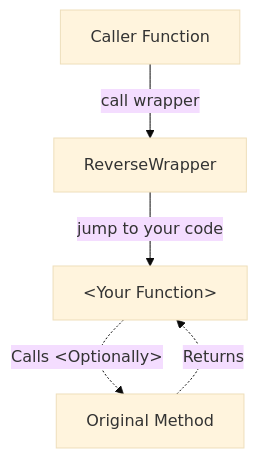
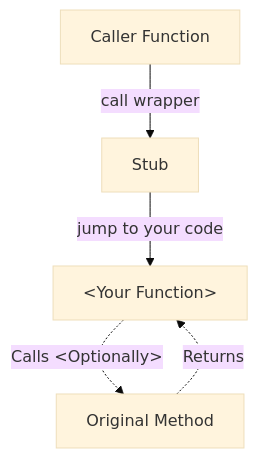
Before and after one commit to Reloaded-Project/Reloaded.Hooks-rs: the first of 4 diagrams in docs/dev/design/branch-hooks/overview.md, drawn with Mermaid (base theme). The commit also changed other lines of this file and 3 other files, not shown here.

````diff
--- a/docs/dev/design/branch-hooks/overview.md
+++ b/docs/dev/design/branch-hooks/overview.md
@@ -45,12 +45,12 @@
 ```mermaid
 flowchart TD
     CF[Caller Function]
-    RW[ReverseWrapper]
+    RW[Stub]
     HK["&lt;Your Function&gt;"]
     OM[Original Method]
 
     CF -- "call wrapper" --> RW
     RW -- jump to your code --> HK
     HK -. "Calls &lt;Optionally&gt;" .-> OM
     OM -. "Returns" .-> HK
 ```
````
